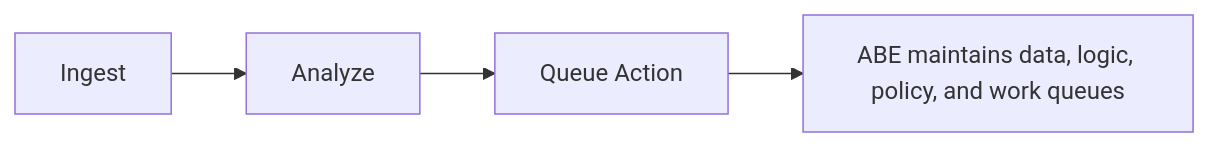
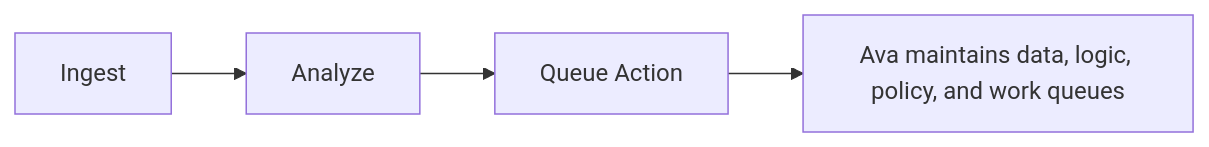
Before and after one commit to gonzalj3/hallPassAttendanceOfficer: the fourth of 5 diagrams in README.md, drawn with Mermaid. The commit also changed other lines of this file and 6 other files, not shown here.

````diff
--- a/README.md
+++ b/README.md
@@ -49,5 +49,5 @@
 ```mermaid
 flowchart LR
   A["Ingest"] --> B["Analyze"] --> C["Queue Action"]
-  C --> D["ABE maintains data, logic, policy, and work queues"]
+  C --> D["Ava maintains data, logic, policy, and work queues"]
 ```
````
